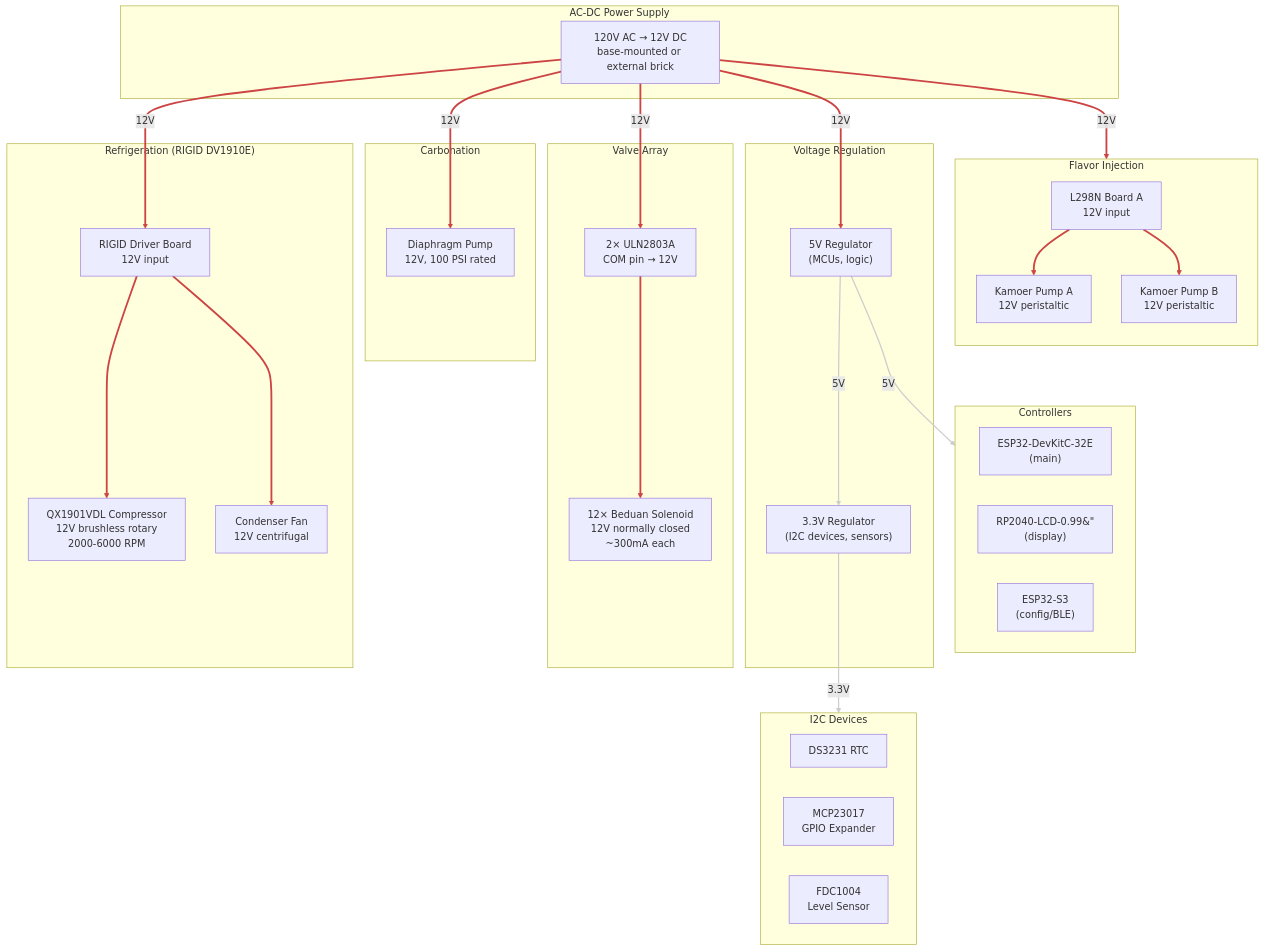
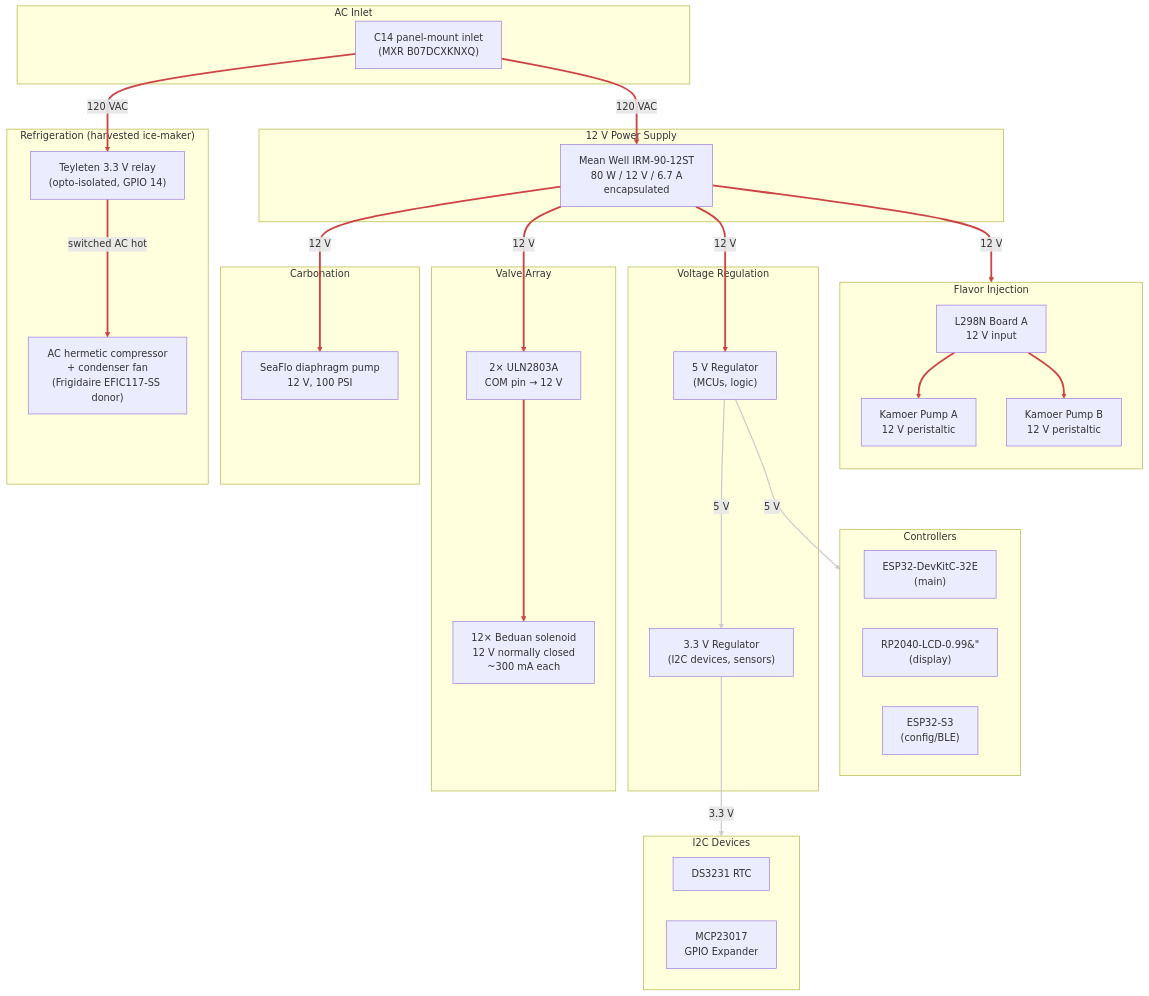
One commit to derekbreden/soda-flavor-injector changed the diagram in hardware/wiring/future-power.mmd. Above: the diagram before and after it, drawn with Mermaid.

Commit message:
future-power: harvested-compressor + Mean Well, drop RIGID and FDC1004
Replace RIGID DV1910E refrigeration block with the actual primary path:
the 120 VAC hermetic compressor (+ condenser fan) harvested from the
Frigidaire EFIC117-SS donor, with its hot leg switched by a Teyleten
3.3 V opto-isolated relay driven by ESP32 GPIO 14. Drop the
QX1901VDL/RIGID Driver Board nodes — RIGID is fallback only and isn't
worth carrying in the diagram. Add an explicit C14 panel-mount AC
inlet so the 120 VAC mains entry is visible. Name the 12 V PSU as
the actual Mean Well IRM-90-12ST 80 W unit. Drop FDC1004 from
I2C_Devices (capacitive plan invalidated; level sense is now external
reed switches on direct GPIO, not on the I2C bus).

```diff
--- a/hardware/wiring/future-power.mmd
+++ b/hardware/wiring/future-power.mmd
@@ -1,75 +1,81 @@
 flowchart TD
 
-  %% ═══════════════════════════════════════
-  %%  Future Power Distribution — All 12V DC
-  %% ═══════════════════════════════════════
+  %% Future Power Distribution.
+  %% 120 VAC mains in via C14 inlet; Mean Well 12 V PSU supplies the
+  %% 12 V bus for everything except the compressor itself, which runs
+  %% on switched mains via a Teyleten relay (ESP32 GPIO 14).
 
-  subgraph Supply["AC-DC Power Supply"]
-    PSU["120V AC → 12V DC\nbase-mounted or external brick"]
+  subgraph AC_Inlet["AC Inlet"]
+    C14["C14 panel-mount inlet\n(MXR B07DCXKNXQ)"]
+  end
+
+  subgraph Supply["12 V Power Supply"]
+    PSU["Mean Well IRM-90-12ST\n80 W / 12 V / 6.7 A\nencapsulated"]
+  end
+
+  subgraph Refrigeration["Refrigeration  (harvested ice-maker)"]
+    RELAY["Teyleten 3.3 V relay\n(opto-isolated, GPIO 14)"]
+    COMP_AC["AC hermetic compressor\n+ condenser fan\n(Frigidaire EFIC117-SS donor)"]
+    RELAY ==>|"switched AC hot"| COMP_AC
   end
 
   subgraph Regulation["Voltage Regulation"]
-    REG_5V["5V Regulator\n(MCUs, logic)"]
-    REG_3V3["3.3V Regulator\n(I2C devices, sensors)"]
-  end
-
-  subgraph Refrigeration["Refrigeration  (RIGID DV1910E)"]
-    COMP["QX1901VDL Compressor\n12V brushless rotary\n2000-6000 RPM"]
-    COMP_DRV["RIGID Driver Board\n12V input"]
-    FAN["Condenser Fan\n12V centrifugal"]
-    COMP_DRV ==> COMP
-    COMP_DRV ==> FAN
+    REG_5V["5 V Regulator\n(MCUs, logic)"]
+    REG_3V3["3.3 V Regulator\n(I2C devices, sensors)"]
   end
 
   subgraph Carbonation["Carbonation"]
-    DIA_PUMP["Diaphragm Pump\n12V, 100 PSI rated"]
+    DIA_PUMP["SeaFlo diaphragm pump\n12 V, 100 PSI"]
   end
 
   subgraph Flavor["Flavor Injection"]
     direction TB
-    L298["L298N Board A\n12V input"]
-    PUMP_A["Kamoer Pump A\n12V peristaltic"]
-    PUMP_B["Kamoer Pump B\n12V peristaltic"]
+    L298["L298N Board A\n12 V input"]
+    PUMP_A["Kamoer Pump A\n12 V peristaltic"]
+    PUMP_B["Kamoer Pump B\n12 V peristaltic"]
     L298 ==> PUMP_A
     L298 ==> PUMP_B
   end
 
   subgraph Valve_Power["Valve Array"]
-    ULN["2× ULN2803A\nCOM pin → 12V"]
-    VALVES["12× Beduan Solenoid\n12V normally closed\n~300mA each"]
+    ULN["2× ULN2803A\nCOM pin → 12 V"]
+    VALVES["12× Beduan solenoid\n12 V normally closed\n~300 mA each"]
     ULN ==> VALVES
   end
 
   subgraph MCUs["Controllers"]
     ESP32["ESP32-DevKitC-32E\n(main)"]
     RP2040["RP2040-LCD-0.99&#34;\n(display)"]
     S3["ESP32-S3\n(config/BLE)"]
   end
 
   subgraph I2C_Devices["I2C Devices"]
     RTC["DS3231 RTC"]
     MCP["MCP23017\nGPIO Expander"]
-    FDC["FDC1004\nLevel Sensor"]
   end
 
-  %% ── 12V distribution ──
-  PSU ==>|"12V"| COMP_DRV
-  PSU ==>|"12V"| DIA_PUMP
-  PSU ==>|"12V"| L298
-  PSU ==>|"12V"| ULN
-  PSU ==>|"12V"| REG_5V
+  %% AC distribution (hot leg)
+  C14 ==>|"120 VAC"| RELAY
+  C14 ==>|"120 VAC"| PSU
 
-  %% ── Regulated power ──
-  REG_5V -->|"5V"| REG_3V3
-  REG_5V -->|"5V"| MCUs
-  REG_3V3 -->|"3.3V"| I2C_Devices
+  %% 12 V distribution
+  PSU ==>|"12 V"| DIA_PUMP
+  PSU ==>|"12 V"| L298
+  PSU ==>|"12 V"| ULN
+  PSU ==>|"12 V"| REG_5V
 
-  %% Power paths (all 12V plus motor/valve switched 12V): red, thick.
-  %% 0-1 = compressor driver -> compressor + fan
-  %% 2-3 = L298 -> peristaltic pumps
-  %% 4   = ULN2803A -> solenoid valves
-  %% 5-9 = PSU 12V trunk to all subsystems
+  %% Regulated logic-level
+  REG_5V -->|"5 V"| REG_3V3
+  REG_5V -->|"5 V"| MCUs
+  REG_3V3 -->|"3.3 V"| I2C_Devices
+
+  %% Power paths (red, thick).
+  %% 0   = Teyleten relay -> compressor + fan (switched AC)
+  %% 1-2 = L298 -> peristaltic pumps
+  %% 3   = ULN2803A -> solenoid valves
+  %% 4-5 = C14 -> relay, C14 -> PSU (AC mains)
+  %% 6-9 = PSU 12 V trunk to all subsystems
   linkStyle 0,1,2,3,4,5,6,7,8,9 stroke:#c44,stroke-width:3px
   %% Regulated logic-level supplies (5V, 3.3V): white workhorse.
   %% 10-12 = REG_5V -> REG_3V3, REG_5V -> MCUs, REG_3V3 -> I2C devices.
   linkStyle 10,11,12 stroke:#ccc,stroke-width:2px
```
